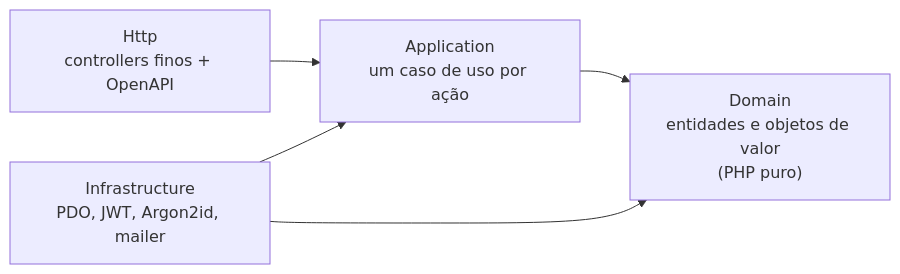
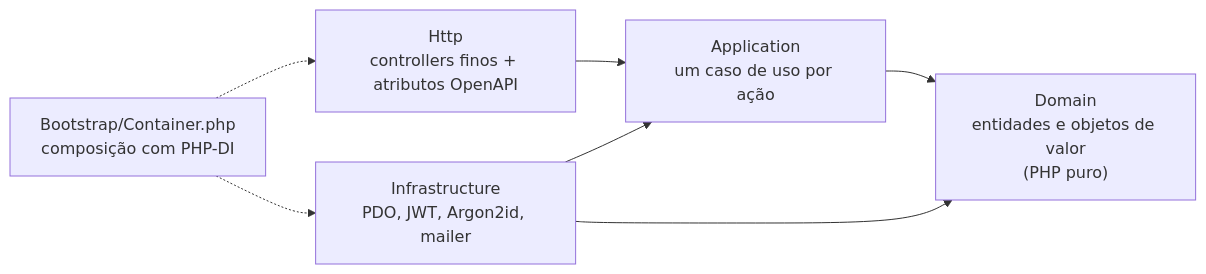
Before and after one commit to jamangueira7/goomer-menu-php: the diagram in README.md, drawn with Mermaid. The commit also changed other lines of this file, not shown here.

Commit message:
docs(readme): mesmo padrão do README TypeScript, com auditoria nos destaques, 112 testes e desafios da auditoria

````diff
--- a/README.md
+++ b/README.md
@@ -201,7 +224,9 @@
 ```mermaid
 flowchart LR
-    Http["Http<br/>controllers finos + OpenAPI"] --> Application
+    Http["Http<br/>controllers finos + atributos OpenAPI"] --> Application
     Infrastructure["Infrastructure<br/>PDO, JWT, Argon2id, mailer"] --> Application
     Application["Application<br/>um caso de uso por ação"] --> Domain["Domain<br/>entidades e objetos de valor<br/>(PHP puro)"]
     Infrastructure --> Domain
+    Bootstrap["Bootstrap/Container.php<br/>composição com PHP-DI"] -.-> Http
+    Bootstrap -.-> Infrastructure
 ```
````
